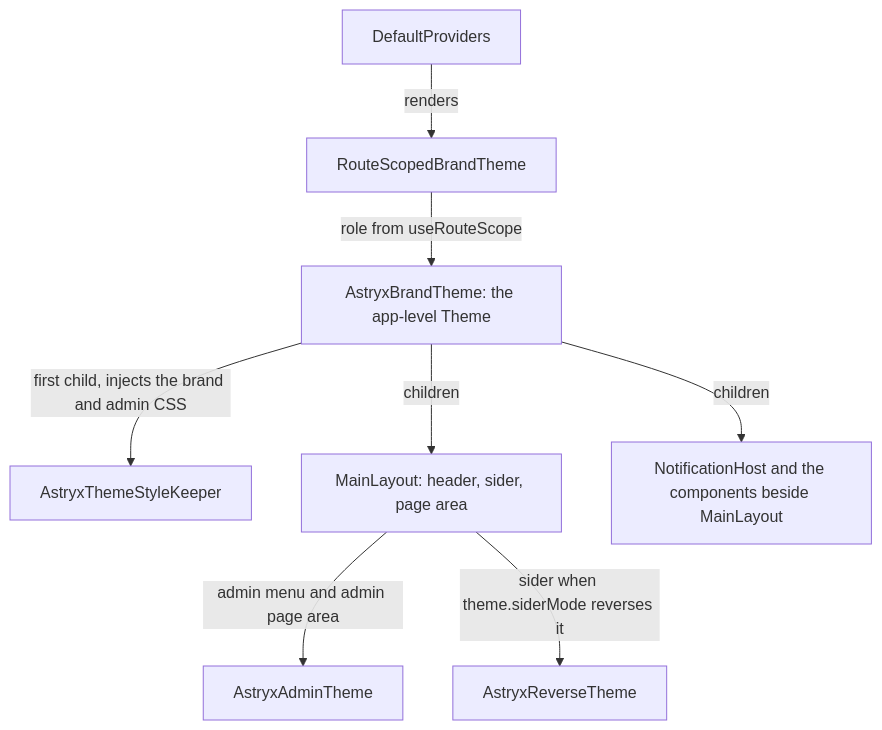
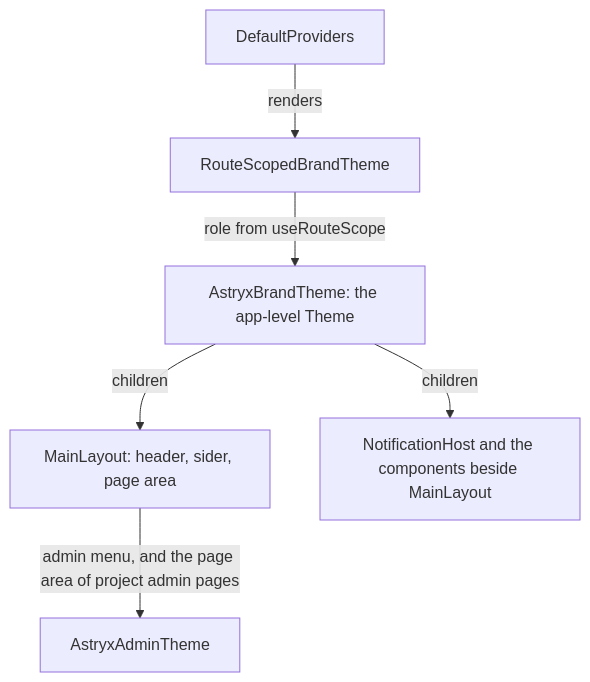
Before and after one commit to lablup/backend.ai-webui: the diagram in docs/adr/0044-app-level-theme-role-from-the-route-scope.md, drawn with Mermaid. The commit also changed other lines of this file and 18 other files, not shown here.

First line of the commit message:
refactor(#11437): drop theme.siderMode and the theme CSS keeper

````diff
--- a/docs/adr/0044-app-level-theme-role-from-the-route-scope.md
+++ b/docs/adr/0044-app-level-theme-role-from-the-route-scope.md
@@ -22,10 +23,8 @@
 ```mermaid
 flowchart TB
   dp["DefaultProviders"] -- "renders" --> rs["RouteScopedBrandTheme"]
   rs -- "role from useRouteScope" --> bt["AstryxBrandTheme: the app-level Theme"]
-  bt -- "first child, injects the brand and admin CSS" --> kp["AstryxThemeStyleKeeper"]
   bt -- "children" --> ml["MainLayout: header, sider, page area"]
   bt -- "children" --> ov["NotificationHost and the components beside MainLayout"]
-  ml -- "admin menu and admin page area" --> at["AstryxAdminTheme"]
-  ml -- "sider when theme.siderMode reverses it" --> rt["AstryxReverseTheme"]
+  ml -- "admin menu, and the page area of project admin pages" --> at["AstryxAdminTheme"]
 ```
````
